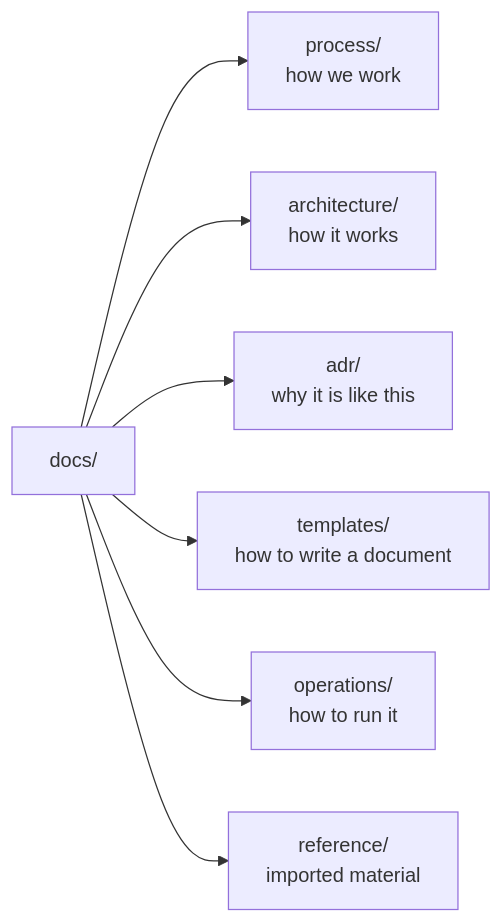
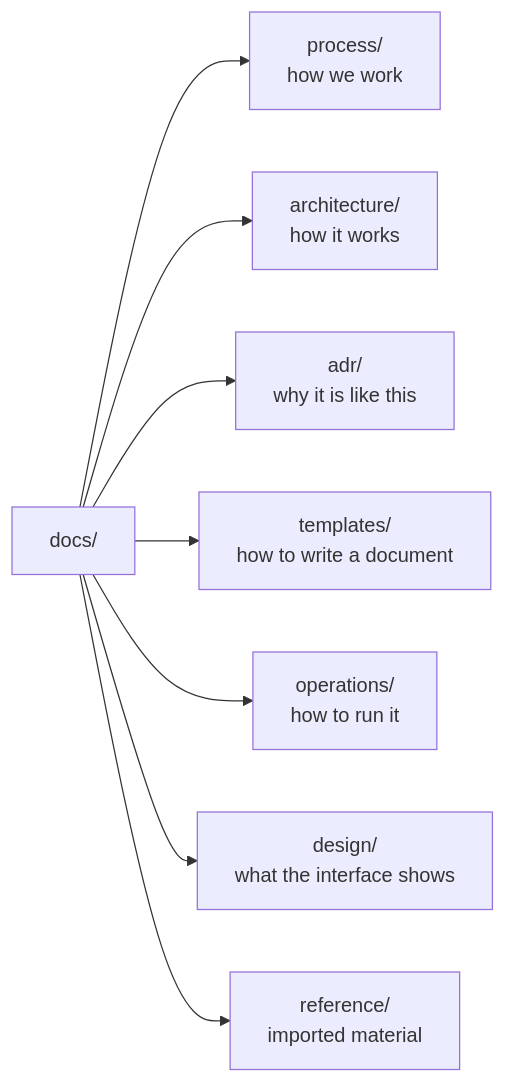
Before and after one commit to andrediashexa/NOGGlass: the diagram in docs/README.md, drawn with Mermaid. The commit also changed other lines of this file and 10 other files, not shown here.

Commit message:
docs(design): describe the interface and capture a payload per state

````diff
--- a/docs/README.md
+++ b/docs/README.md
@@ -23,9 +23,10 @@
 ```mermaid
 flowchart LR
     docs[docs/] --> process[process/<br/>how we work]
     docs --> arch[architecture/<br/>how it works]
     docs --> adr[adr/<br/>why it is like this]
     docs --> tpl[templates/<br/>how to write a document]
     docs --> ops[operations/<br/>how to run it]
+    docs --> design[design/<br/>what the interface shows]
     docs --> ref[reference/<br/>imported material]
 ```
````
